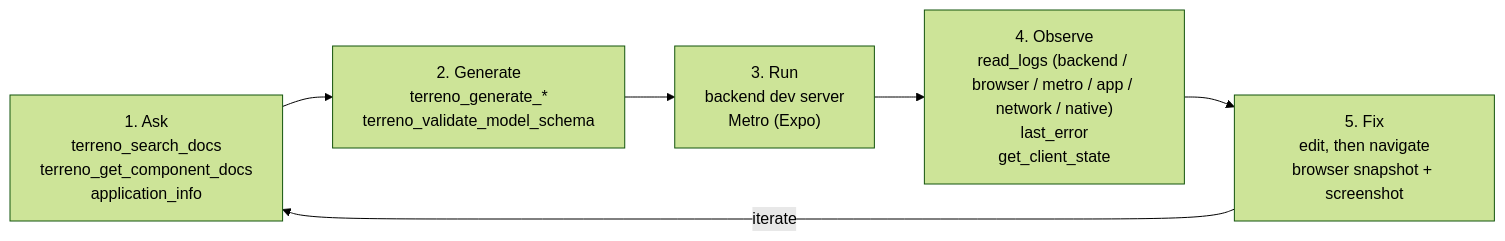
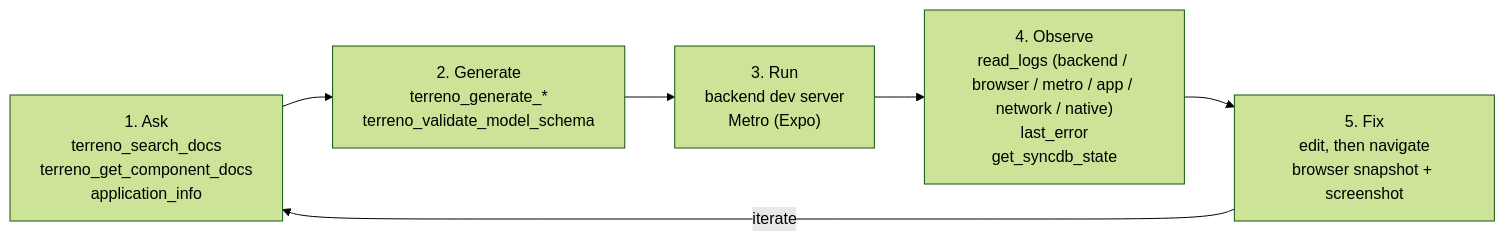
The diagram in docs/explanation/ai-development-loop.md (TerrenoLabs/terreno), drawn with Mermaid (forest theme) before and after one commit. The commit also changed other lines of this file and 60 other files, not shown here.

````diff
--- a/docs/explanation/ai-development-loop.md
+++ b/docs/explanation/ai-development-loop.md
@@ -13,10 +14,10 @@
 ```mermaid
 flowchart LR
   ASK["1. Ask<br/>terreno_search_docs<br/>terreno_get_component_docs<br/>application_info"]
   GEN["2. Generate<br/>terreno_generate_*<br/>terreno_validate_model_schema"]
   RUN["3. Run<br/>backend dev server<br/>Metro (Expo)"]
-  OBS["4. Observe<br/>read_logs (backend / browser / metro / app / network / native)<br/>last_error<br/>get_client_state"]
+  OBS["4. Observe<br/>read_logs (backend / browser / metro / app / network / native)<br/>last_error<br/>get_syncdb_state"]
   FIX["5. Fix<br/>edit, then navigate<br/>browser snapshot + screenshot"]
   ASK --> GEN --> RUN --> OBS --> FIX
   FIX -->|"iterate"| ASK
 ```
````
